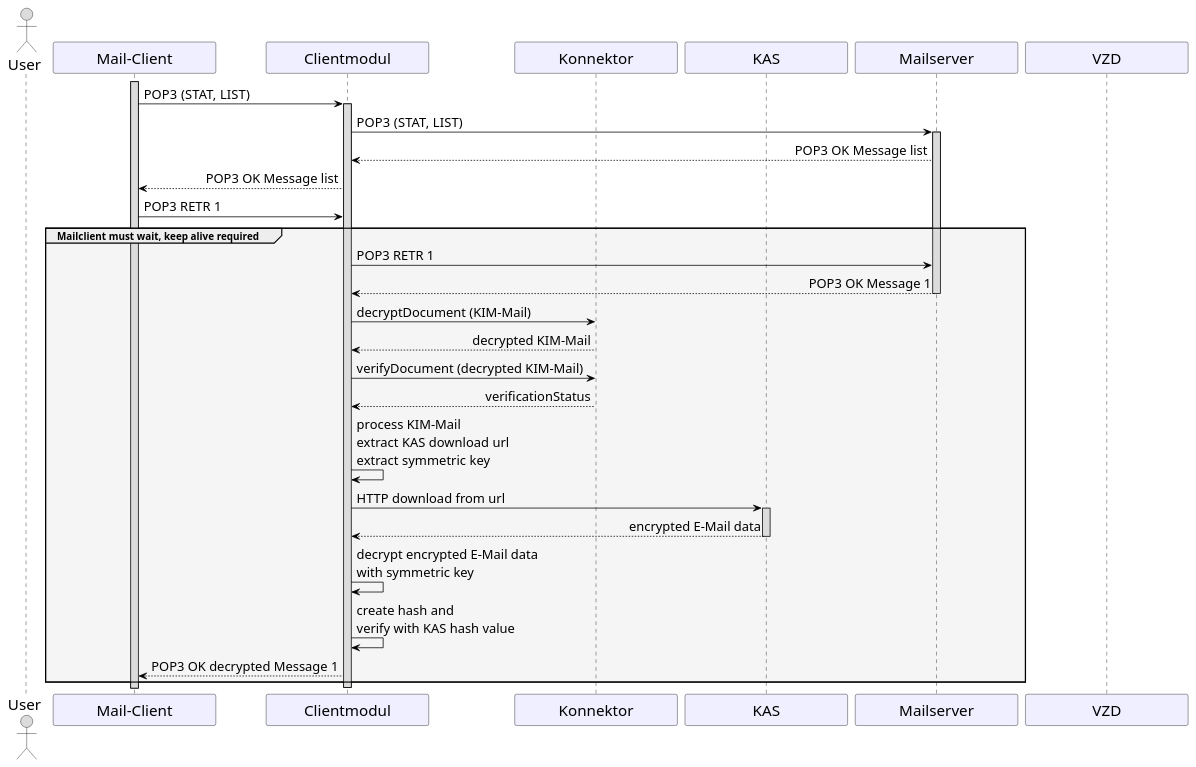
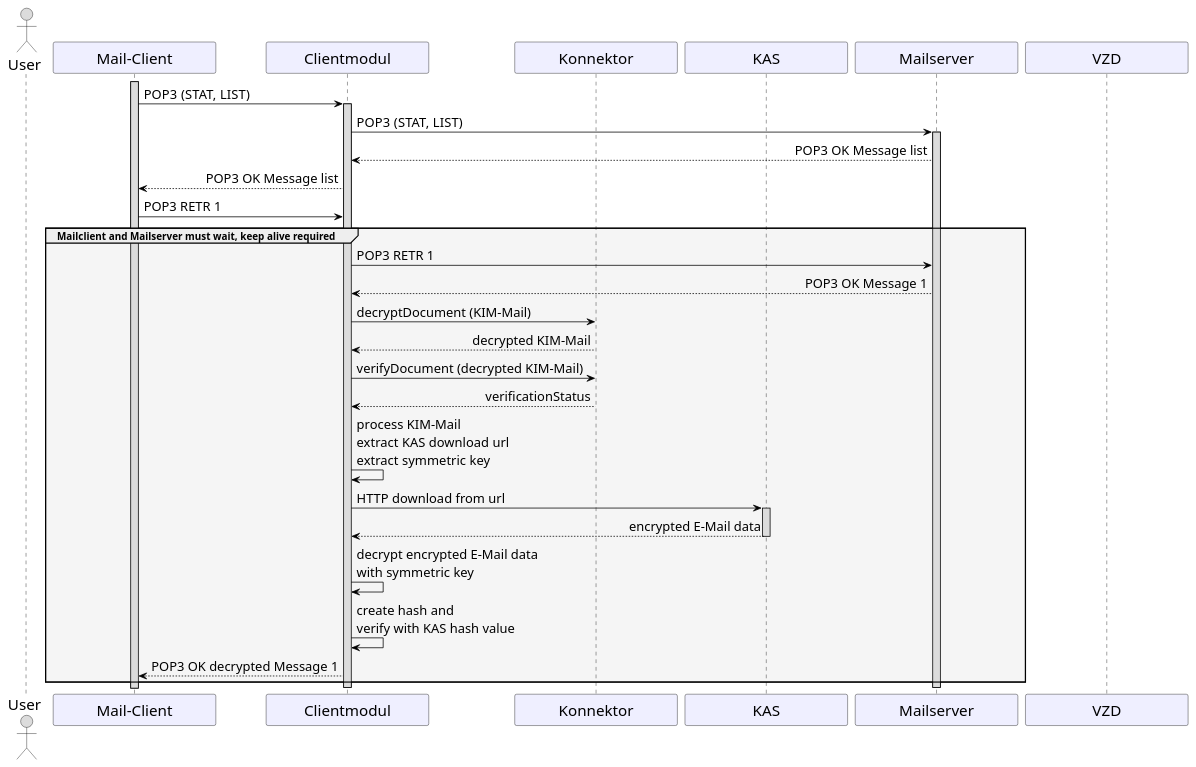
The diagram in src/plantuml/architecture/KIM, receive 500MB, proof of concept.puml (gematik/api-kim), drawn with PlantUML before and after one commit.

```diff
--- a/src/plantuml/architecture/KIM, receive 500MB, proof of concept.puml
+++ b/src/plantuml/architecture/KIM, receive 500MB, proof of concept.puml
@@ -1,64 +1,64 @@
 @startuml "KIM Anwendungsfall 500MB senden"
 skinparam sequenceMessageAlign direction
 skinparam minClassWidth 200
 skinparam BoxPadding 1
 skinparam sequenceReferenceHeaderBackgroundColor palegreen
 scale max 2048 width
 
 skinparam sequence {
 ArrowColor black
 ArrowFontSize 17
 ActorBorderColor black
 LifeLineBorderColor black
 LifeLineBackgroundColor Gainsboro
 
 ParticipantBorderColor Motivation
 ParticipantBackgroundColor Motivation
 ParticipantFontName Impact
 ParticipantFontSize 20
 ParticipantFontColor black
 ParticipantBorderColor Black
 ParticipantBackgroundColor MOTIVATION
 
 ActorBackgroundColor Gainsboro
 ActorFontColor black
 ActorFontSize 20
 ActorFontName Aapex
 }
 
 actor u as "User"
 participant mc as "Mail-Client"
 participant cm as "Clientmodul"
 participant kon as "Konnektor"
 participant kas as "KAS"
 participant ms as "Mailserver"
 participant vzd as "VZD"
 
 activate mc
 mc -> cm: POP3 (STAT, LIST)
 activate cm
 cm -> ms: POP3 (STAT, LIST)
 activate ms
 ms --> cm: POP3 OK Message list
 cm --> mc: POP3 OK Message list
 mc -> cm: POP3 RETR 1
-group #WhiteSmoke Mailclient must wait, keep alive required
+group #WhiteSmoke Mailclient and Mailserver must wait, keep alive required
     cm -> ms: POP3 RETR 1
     ms --> cm: POP3 OK Message 1
-    deactivate ms
     cm -> kon: decryptDocument (KIM-Mail)
     kon --> cm: decrypted KIM-Mail
     cm -> kon: verifyDocument (decrypted KIM-Mail)
     kon --> cm: verificationStatus
     cm -> cm: process KIM-Mail\nextract KAS download url\nextract symmetric key
     cm -> kas: HTTP download from url
     activate kas
     kas --> cm: encrypted E-Mail data
     deactivate kas
     cm -> cm: decrypt encrypted E-Mail data\nwith symmetric key
     cm -> cm: create hash and\nverify with KAS hash value
     cm --> mc: POP3 OK decrypted Message 1
 end
 deactivate cm
+deactivate ms
 
 @enduml
```
